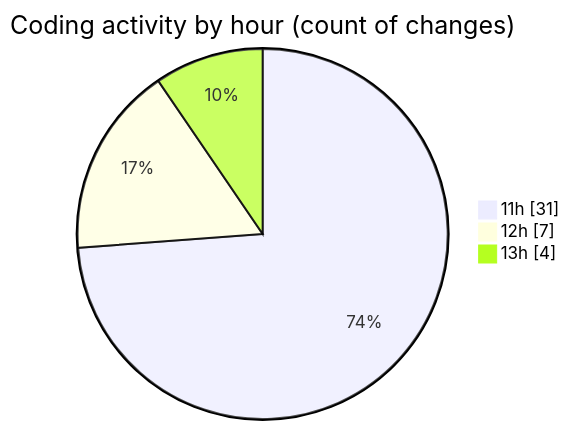
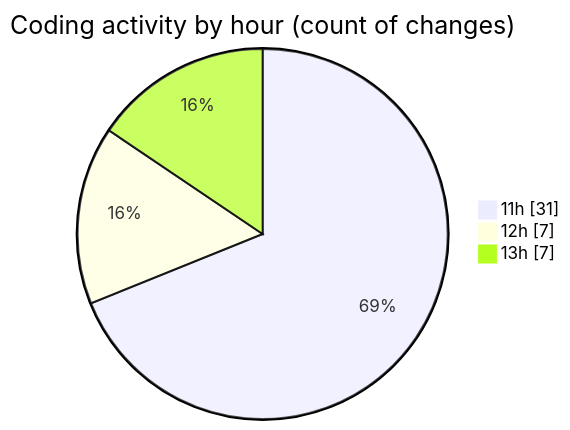
Before and after one commit to nxtqubesakshisongat/code-tracking: the second of 2 diagrams in 2025-07-23/nxtqube_webapp/README.md, drawn with Mermaid. The commit also changed other lines of this file and 1 other file, not shown here.

````diff
--- a/2025-07-23/nxtqube_webapp/README.md
+++ b/2025-07-23/nxtqube_webapp/README.md
@@ -31,7 +34,7 @@
 ```mermaid
 pie showData
 title Coding activity by hour (count of changes)
 "11h" : 31
 "12h" : 7
-"13h" : 4
+"13h" : 7
 ```
````
